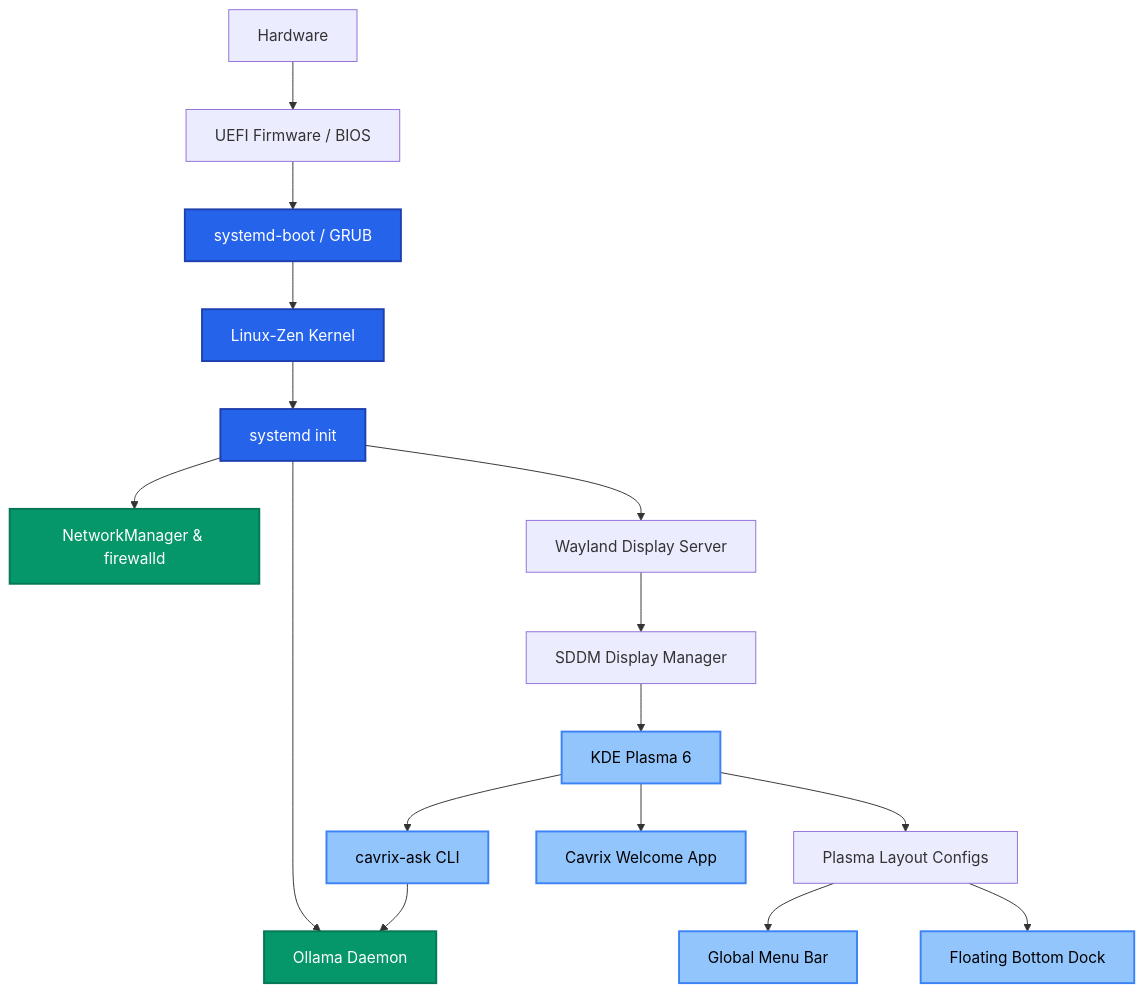
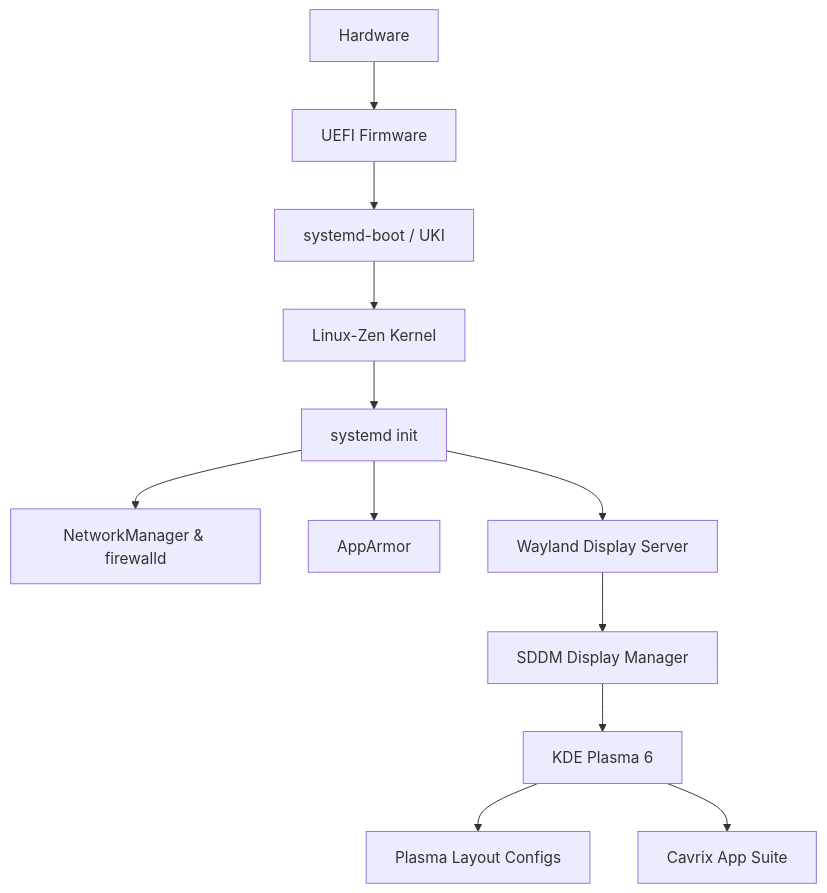
Before and after one commit to FaaizJohar/CavrixOs: the diagram in docs/architecture.md, drawn with Mermaid. The commit also changed other lines of this file and 6 other files, not shown here.

````diff
--- a/docs/architecture.md
+++ b/docs/architecture.md
@@ -12,34 +9,22 @@
 ```mermaid
 graph TD
-    A[Hardware] --> B[UEFI Firmware / BIOS]
-    B --> C[systemd-boot / GRUB]
+    A[Hardware] --> B[UEFI Firmware]
+    B --> C[systemd-boot / UKI]
     C --> D[Linux-Zen Kernel]
     D --> E[systemd init]
     
     %% Base Services
     E --> F[NetworkManager & firewalld]
-    E --> G[Ollama Daemon]
+    E --> G[AppArmor]
     
     %% Display
     E --> H[Wayland Display Server]
     H --> I[SDDM Display Manager]
     I --> J[KDE Plasma 6]
     
     %% Custom UI Overrides
     J --> K[Plasma Layout Configs]
-    K --> L[Global Menu Bar]
-    K --> M[Floating Bottom Dock]
     
     %% Custom Apps
-    J --> N[cavrix-ask CLI]
-    N --> G
-    J --> O[Cavrix Welcome App]
-    
-    classDef core fill:#2563EB,stroke:#1E40AF,stroke-width:2px,color:#fff;
-    classDef service fill:#059669,stroke:#047857,stroke-width:2px,color:#fff;
-    classDef ui fill:#93C5FD,stroke:#3B82F6,stroke-width:2px,color:#000;
-    
-    class C,D,E core;
-    class F,G service;
-    class J,L,M,N,O ui;
+    J --> O[Cavrix App Suite]
 ```
````
